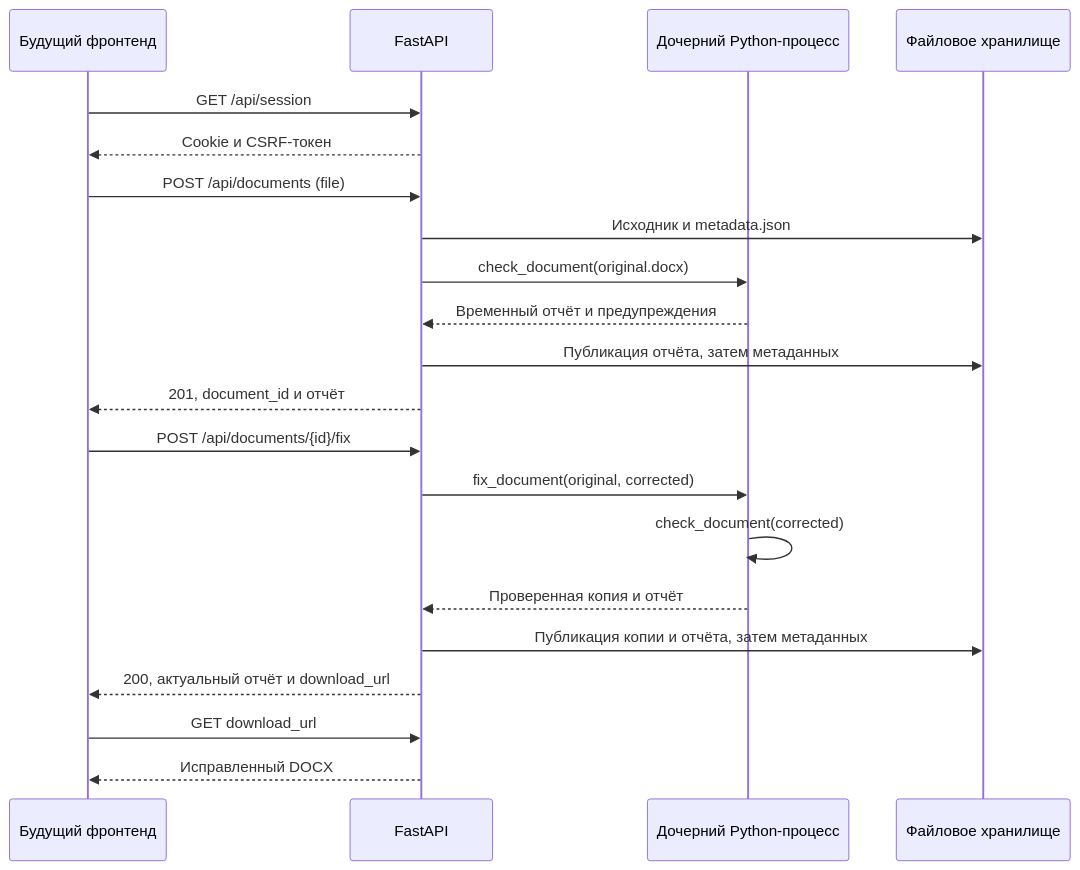
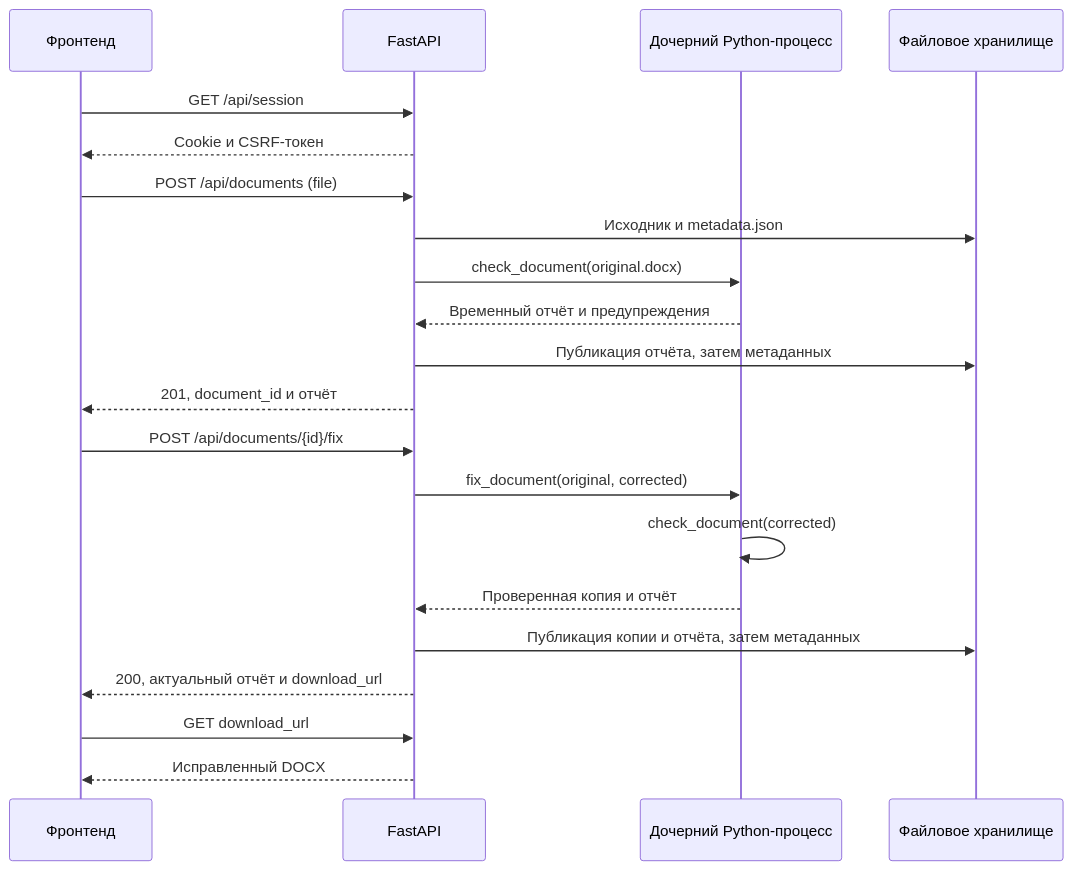
The diagram in docs/PROJECT.md (lilkrand111/normacheck), drawn with Mermaid before and after one commit. The commit also changed other lines of this file and 11 other files, not shown here.

````diff
--- a/docs/PROJECT.md
+++ b/docs/PROJECT.md
@@ -91,23 +96,23 @@
 ```mermaid
 sequenceDiagram
-    participant F as Будущий фронтенд
+    participant F as Фронтенд
     participant A as FastAPI
     participant W as Дочерний Python-процесс
     participant S as Файловое хранилище
     F->>A: GET /api/session
     A-->>F: Cookie и CSRF-токен
     F->>A: POST /api/documents (file)
     A->>S: Исходник и metadata.json
     A->>W: check_document(original.docx)
     W-->>A: Временный отчёт и предупреждения
     A->>S: Публикация отчёта, затем метаданных
     A-->>F: 201, document_id и отчёт
     F->>A: POST /api/documents/{id}/fix
     A->>W: fix_document(original, corrected)
     W->>W: check_document(corrected)
     W-->>A: Проверенная копия и отчёт
     A->>S: Публикация копии и отчёта, затем метаданных
     A-->>F: 200, актуальный отчёт и download_url
     F->>A: GET download_url
     A-->>F: Исправленный DOCX
 ```
````
